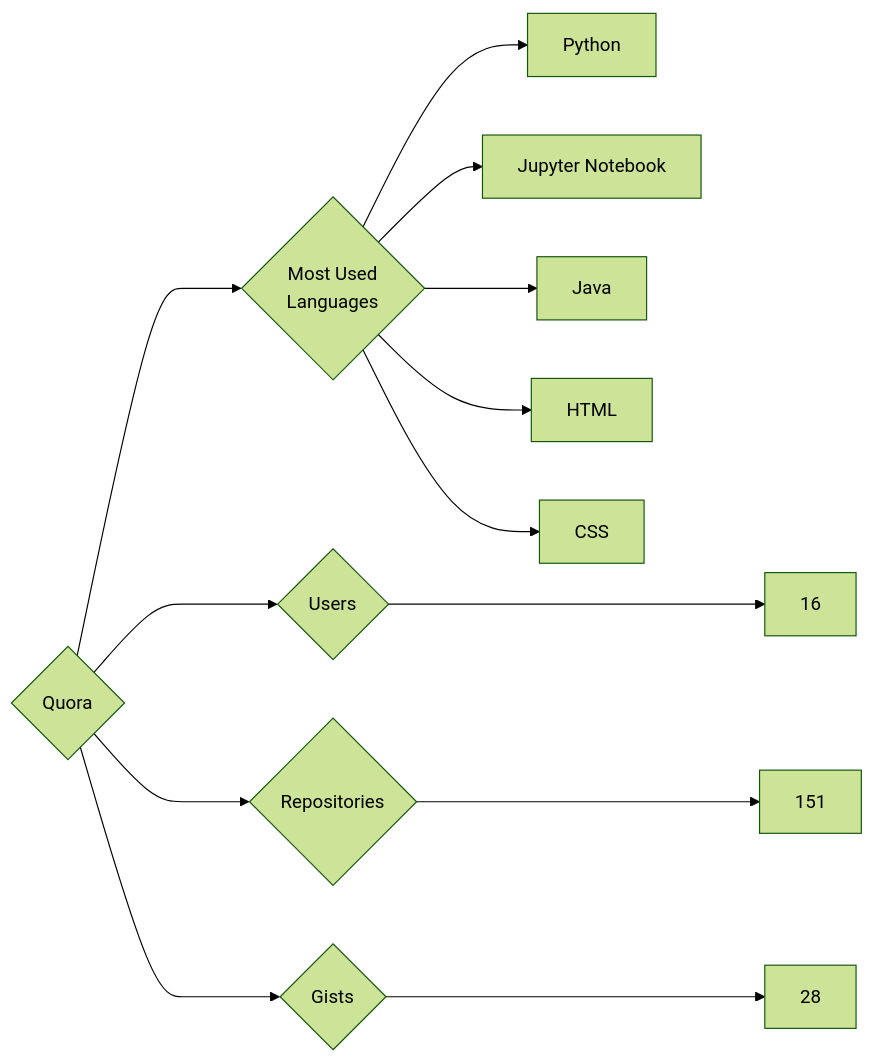
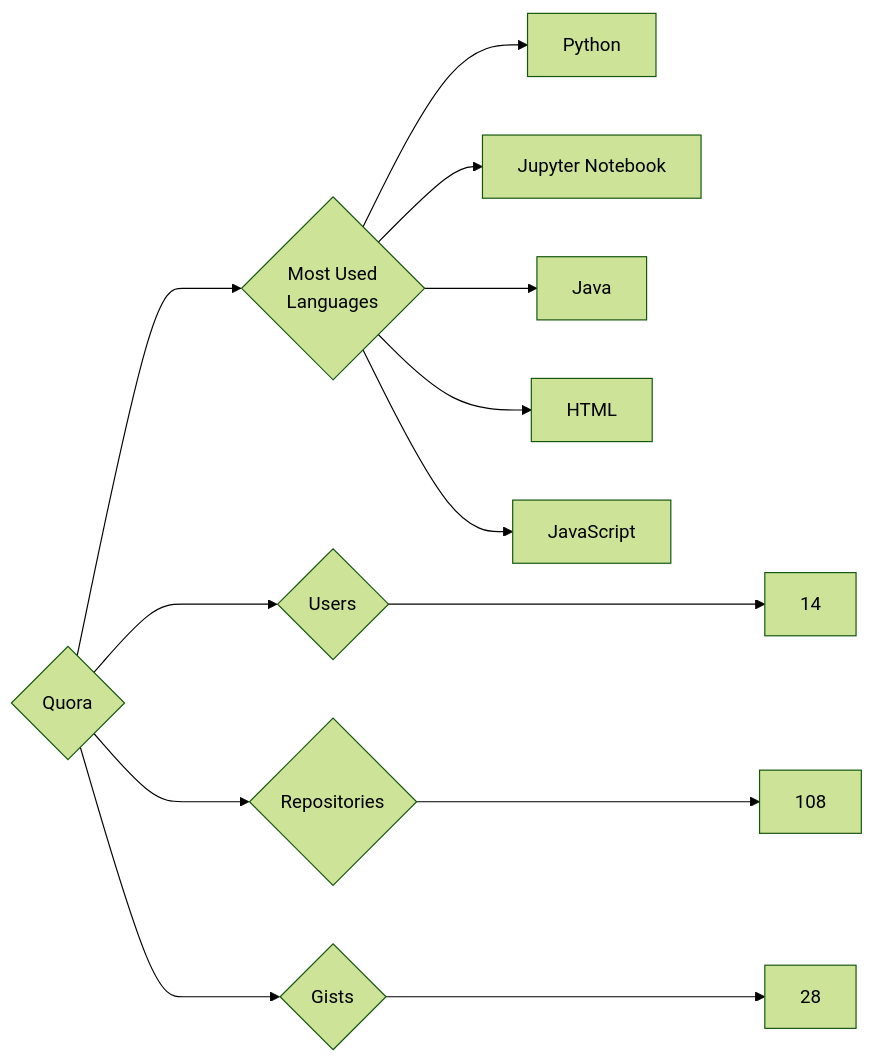
The diagram in targets/Quora/README.md (trickest/insiders), drawn with Mermaid (forest theme) before and after one commit. The commit also changed 725 other files, not shown here.

````diff
--- a/targets/Quora/README.md
+++ b/targets/Quora/README.md
@@ -3,13 +3,13 @@
 ```mermaid
 graph LR
 COMPANY_NAME{Quora}
-COMPANY_NAME ---> U{Users} ---> UN[16]
-COMPANY_NAME ---> R{Repositories} ---> RN[151]
+COMPANY_NAME ---> U{Users} ---> UN[14]
+COMPANY_NAME ---> R{Repositories} ---> RN[108]
 COMPANY_NAME ---> G{Gists} ---> GN[28]
 COMPANY_NAME ---> ML{Most Used<br>Languages}
 ML --> Python[Python]
 ML --> Jupyter_Notebook[Jupyter Notebook]
 ML --> Java[Java]
 ML --> HTML[HTML]
-ML --> CSS[CSS]
+ML --> JavaScript[JavaScript]
 ```
````
